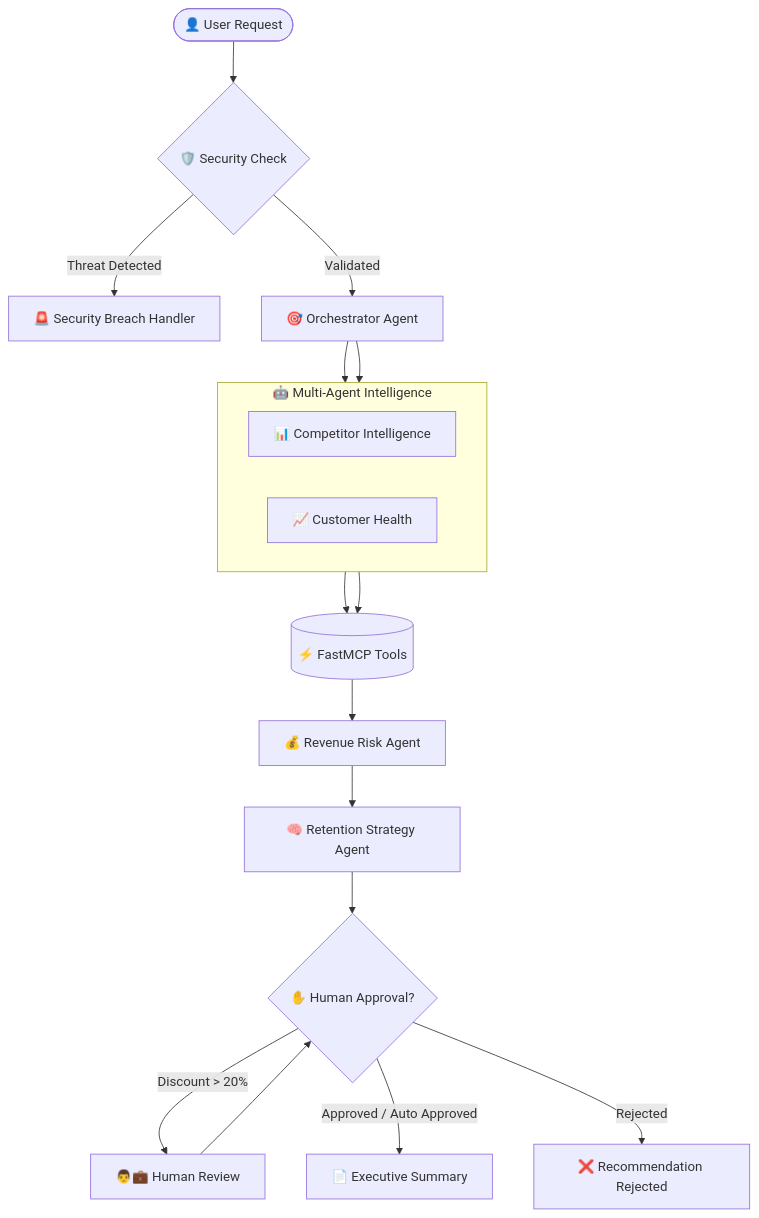
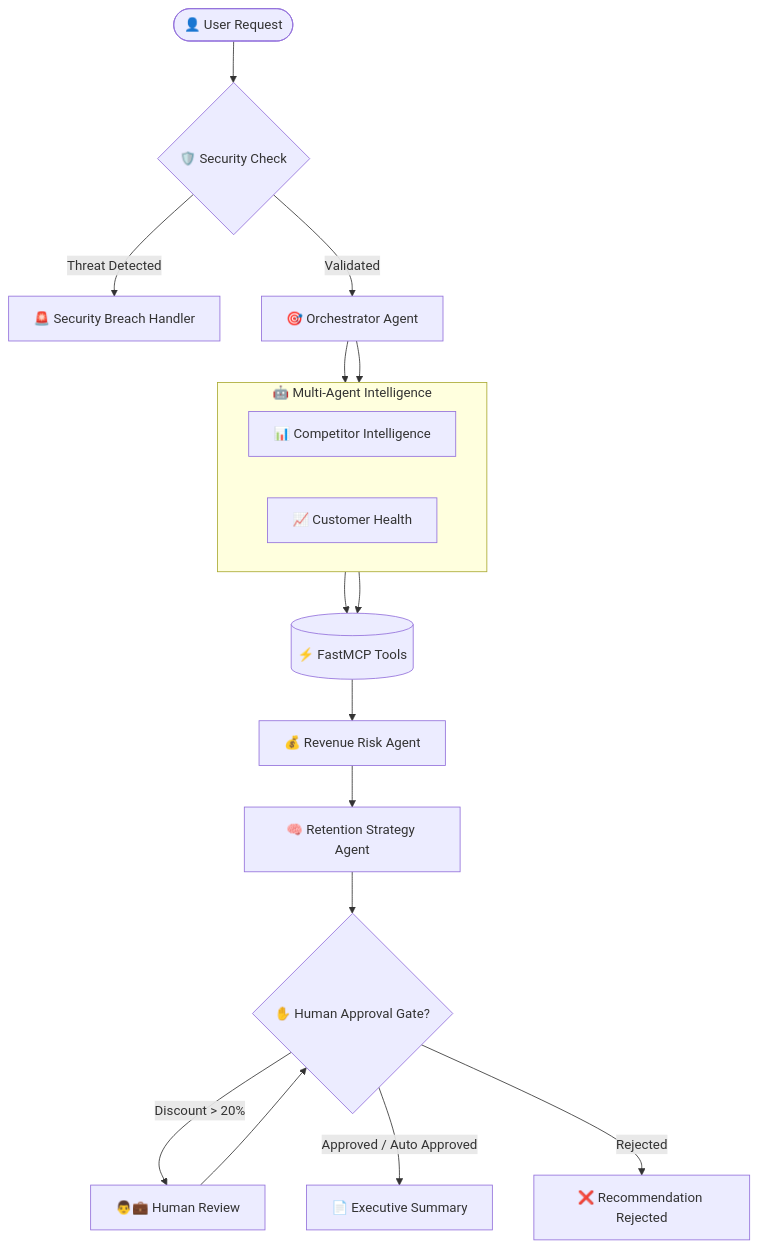
Before and after one commit to reshmanth-sai/revenueguard: the diagram in SUBMISSION_WRITEUP.md, drawn with Mermaid. The commit also changed 1 other file, not shown here.

Commit message:
docs: rename Human Approval to Human Approval Gate in diagrams and flows

````diff
--- a/SUBMISSION_WRITEUP.md
+++ b/SUBMISSION_WRITEUP.md
@@ -60,37 +60,37 @@
 ```mermaid
 flowchart TD
 
     A([👤 User Request])
 
     A --> B{🛡️ Security Check}
 
     B -->|Threat Detected| C[🚨 Security Breach Handler]
 
     B -->|Validated| D[🎯 Orchestrator Agent]
 
     subgraph "🤖 Multi-Agent Intelligence"
         direction LR
         E[📊 Competitor Intelligence]
         F[📈 Customer Health]
     end
 
     D --> E
     D --> F
 
     E --> G[(⚡ FastMCP Tools)]
     F --> G
 
     G --> H[💰 Revenue Risk Agent]
 
     H --> I[🧠 Retention Strategy Agent]
 
-    I --> J{✋ Human Approval?}
+    I --> J{✋ Human Approval Gate?}
 
     J -->|Discount > 20%| K[👨💼 Human Review]
 
     K --> J
 
     J -->|Approved / Auto Approved| L[📄 Executive Summary]
 
     J -->|Rejected| M[❌ Recommendation Rejected]
 ```
````
